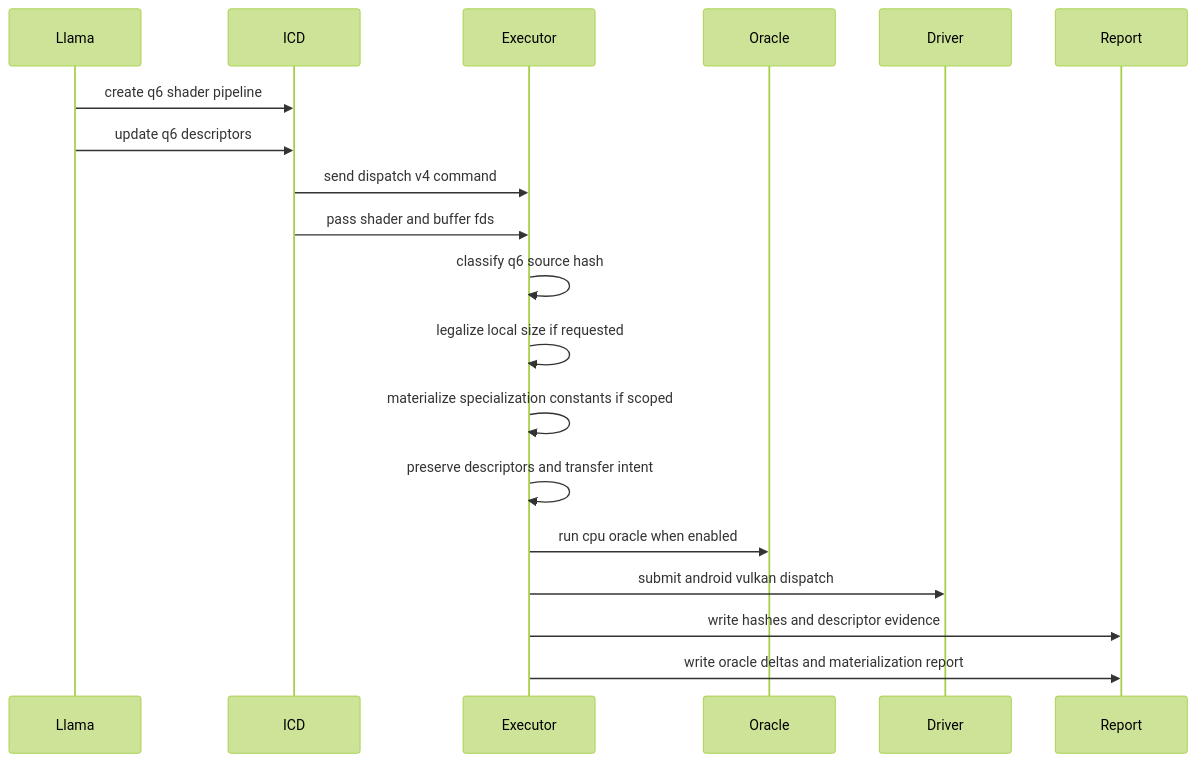
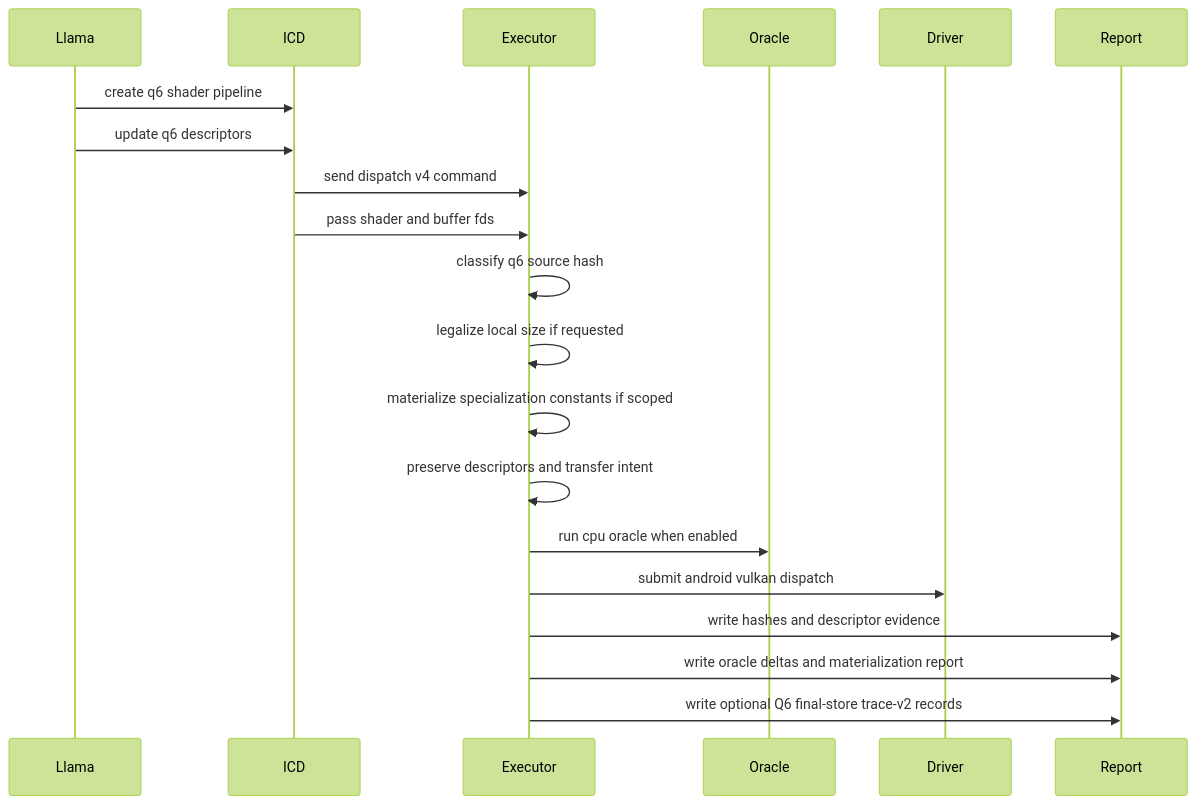
One commit to ryo100794/skydnir changed the fifth of 6 diagrams in docs/design/VULKAN_BRIDGE_SEQUENCE.md. Above: the diagram before and after it, drawn with Mermaid (forest theme). The commit also changed other lines of this file and 5 other files, not shown here.

First line of the commit message:
Embed Q6 final-store trace diagnostics

````diff
--- a/docs/design/VULKAN_BRIDGE_SEQUENCE.md
+++ b/docs/design/VULKAN_BRIDGE_SEQUENCE.md
@@ -241,22 +241,23 @@
 ```mermaid
 sequenceDiagram
     participant Llama
     participant ICD
     participant Executor
     participant Oracle
     participant Driver
     participant Report
 
     Llama->>ICD: create q6 shader pipeline
     Llama->>ICD: update q6 descriptors
     ICD->>Executor: send dispatch v4 command
     ICD->>Executor: pass shader and buffer fds
     Executor->>Executor: classify q6 source hash
     Executor->>Executor: legalize local size if requested
     Executor->>Executor: materialize specialization constants if scoped
     Executor->>Executor: preserve descriptors and transfer intent
     Executor->>Oracle: run cpu oracle when enabled
     Executor->>Driver: submit android vulkan dispatch
     Executor->>Report: write hashes and descriptor evidence
     Executor->>Report: write oracle deltas and materialization report
+    Executor->>Report: write optional Q6 final-store trace-v2 records
 ```
````
